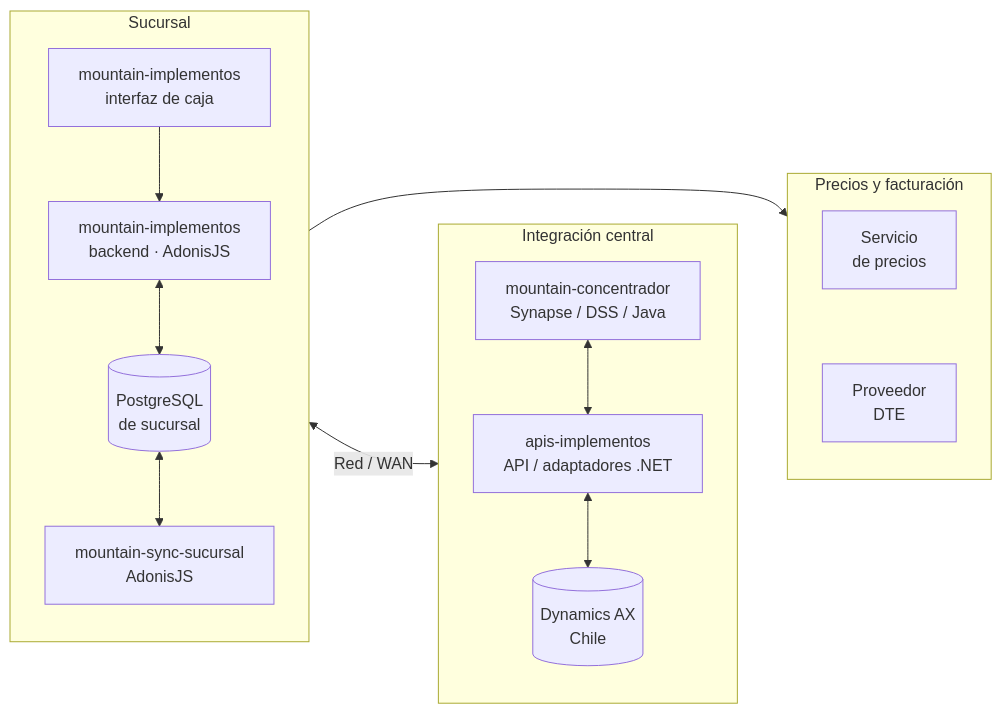
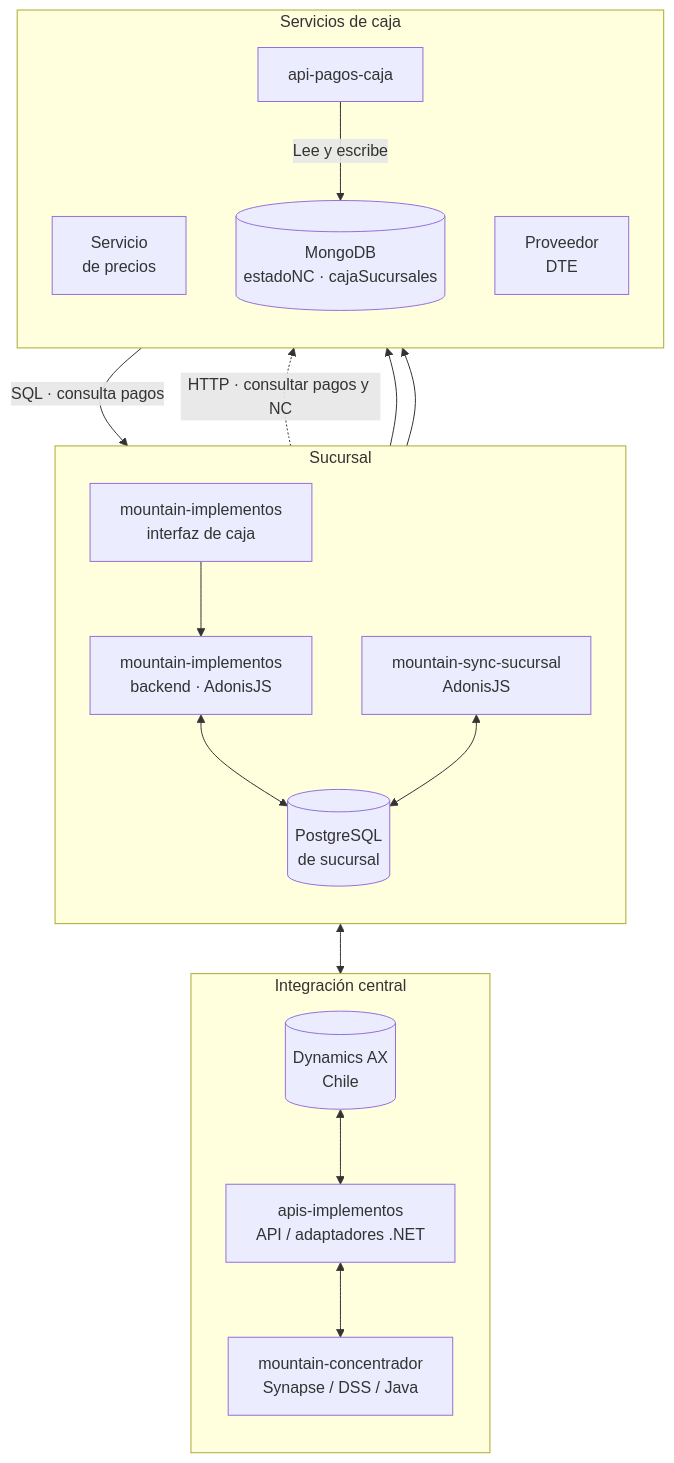
The diagram in presentation/diagrams/current.mmd (floxcristian/pos-architecture), drawn with Mermaid before and after one commit. The commit also changed 7 other files, not shown here.

Commit message:
Mostrar MongoDB y consultas de pagos en el mapa general

```diff
--- a/presentation/diagrams/current.mmd
+++ b/presentation/diagrams/current.mmd
@@ -1,23 +1,25 @@
-flowchart LR
+flowchart TB
     accTitle: Arquitectura actual de caja en Chile
-    accDescr: La sucursal conserva interfaz, backend, base y sincronizador. Precios y facturación usan servicios configurados. AX recibe el registro por integración posterior.
+    accDescr: La sucursal conserva interfaz, backend, base y sincronizador. La API de pagos usa MongoDB para notas de crédito y el directorio de sucursales, y consulta PostgreSQL de las tiendas. Precios y facturación usan servicios configurados. AX recibe el registro por integración posterior.
     subgraph branch["Sucursal"]
         direction TB
         ui["mountain-implementos<br/>interfaz de caja"] --> backend["mountain-implementos<br/>backend · AdonisJS"]
         backend <--> localdb[("PostgreSQL<br/>de sucursal")]
-        localdb <--> sync["mountain-sync-sucursal<br/>AdonisJS"]
+        sync["mountain-sync-sucursal<br/>AdonisJS"] <--> localdb
     end
-    subgraph remote["Precios y facturación"]
+    subgraph services["Servicios de caja"]
         direction TB
         pricing["Servicio<br/>de precios"]
         fiscal["Proveedor<br/>DTE"]
-        pricing ~~~ fiscal
+        payments["api-pagos-caja"] -->|"Lee y escribe"| mongo[("MongoDB<br/>estadoNC · cajaSucursales")]
     end
     subgraph integration["Integración central"]
         direction TB
-        bus["mountain-concentrador<br/>Synapse / DSS / Java"] <--> axapi["apis-implementos<br/>API / adaptadores .NET"]
-        axapi <--> ax[("Dynamics AX<br/>Chile")]
+        ax[("Dynamics AX<br/>Chile")] <--> axapi["apis-implementos<br/>API / adaptadores .NET"]
+        axapi <--> bus["mountain-concentrador<br/>Synapse / DSS / Java"]
     end
-    branch <-->|"Red / WAN"| integration
-    branch --> remote
-    integration ~~~ remote
+    backend -.->|"HTTP · consultar pagos y NC"| payments
+    payments -->|"SQL · consulta pagos"| localdb
+    sync <--> bus
+    backend --> pricing
+    backend --> fiscal
```
